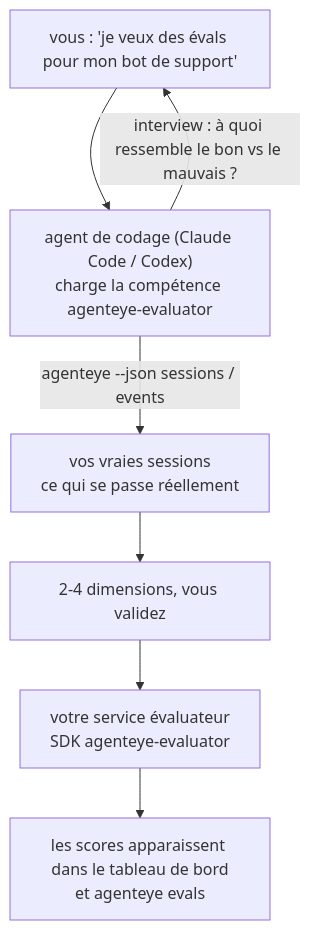
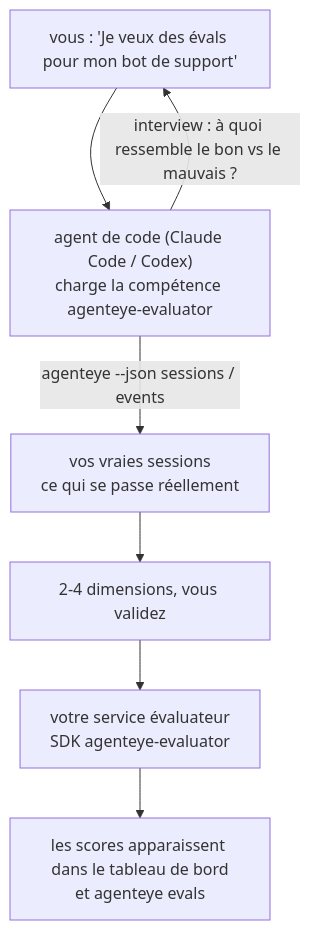
Before and after one commit to FailproofAI/failproofai: the diagram in docs/fr/agenteye/evaluator-skill.mdx, drawn with Mermaid. The commit also changed other lines of this file and 678 other files, not shown here.

````diff
--- a/docs/fr/agenteye/evaluator-skill.mdx
+++ b/docs/fr/agenteye/evaluator-skill.mdx
@@ -21,9 +21,9 @@
 ```mermaid
 flowchart TD
-    YOU["vous : 'je veux des évals pour mon bot de support'"] --> AGENT["agent de codage (Claude Code / Codex)<br/>charge la compétence agenteye-evaluator"]
+    YOU["vous : 'Je veux des évals pour mon bot de support'"] --> AGENT["agent de code (Claude Code / Codex)<br/>charge la compétence agenteye-evaluator"]
     AGENT -->|"interview : à quoi ressemble le bon vs le mauvais ?"| YOU
     AGENT -->|"agenteye --json sessions / events"| DATA["vos vraies sessions<br/>ce qui se passe réellement"]
     DATA --> DIMS["2-4 dimensions, vous validez"]
     DIMS --> SVC["votre service évaluateur<br/>SDK agenteye-evaluator"]
     SVC --> SCORES["les scores apparaissent dans le tableau de bord<br/>et agenteye evals"]
 ```
````
